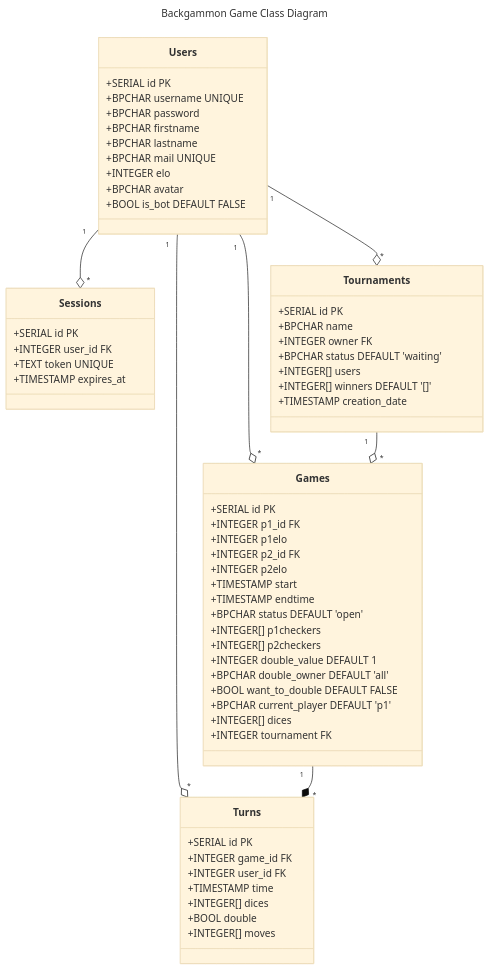
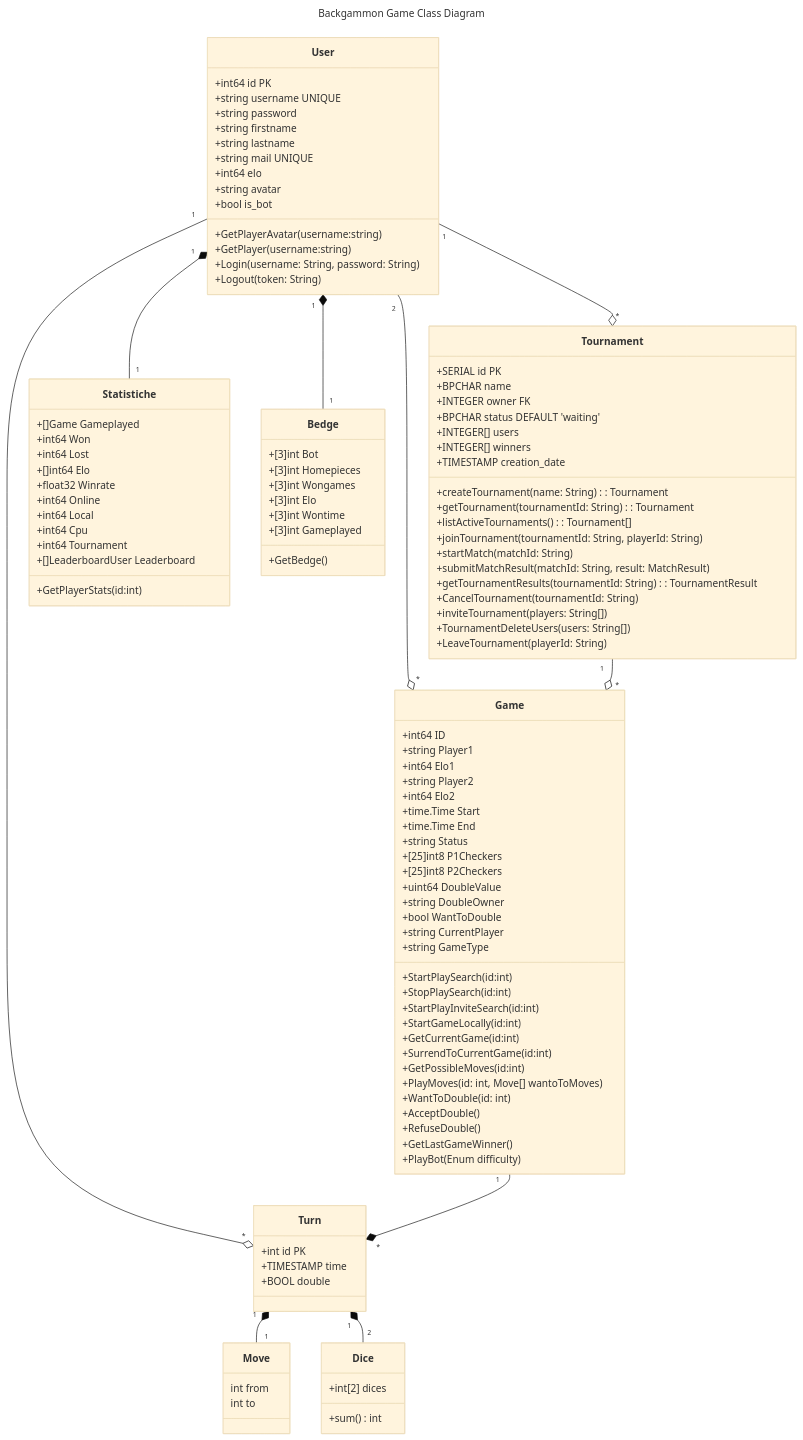
Before and after one commit to samuelemusiani/vezgammon: the diagram in doc/uml/class-diagram.mermaid, drawn with Mermaid (base theme). The commit also changed 4 other files, not shown here.

Commit message:
updated general class diagram

```diff
--- a/doc/uml/class-diagram.mermaid
+++ b/doc/uml/class-diagram.mermaid
@@ -1,68 +1,122 @@
 ---
 title: Backgammon Game Class Diagram
 ---
 classDiagram
-    Users "1" --o "*" Sessions
-    Users "1" --o "*" Games
-    Users "1" --o "*" Tournaments
-    Users "1" --o "*" Turns
-    Games "1" --* "*" Turns
-    Tournaments "1" --o "*" Games
+    User "2" --o "*" Game
+    User "1" --o "*" Tournament
+    User "1" --o "*" Turn
+    User "1" *-- "1" Statistiche
+    User "1" *-- "1" Bedge
 
-    class Users {
-        +SERIAL id PK
-        +BPCHAR username UNIQUE
-        +BPCHAR password
-        +BPCHAR firstname
-        +BPCHAR lastname
-        +BPCHAR mail UNIQUE
-        +INTEGER elo
-        +BPCHAR avatar
-        +BOOL is_bot DEFAULT FALSE
+    Turn "1" *-- "1" Move
+    Turn "1" *-- "2" Dice
+    
+    Game "1" --* "*" Turn
+    Tournament "1" --o "*" Game
+
+    class Statistiche {
+        +[]Game      Gameplayed
+        +int64             Won          
+        +int64             Lost         
+        +[]int64           Elo          
+        +float32           Winrate      
+        +int64             Online       
+        +int64             Local        
+        +int64             Cpu          
+        +int64             Tournament   
+        +[]LeaderboardUser Leaderboard
+        +GetPlayerStats(id:int)
+    }
+    class Bedge {
+        +[3]int  Bot        
+        +[3]int  Homepieces 
+        +[3]int  Wongames   
+        +[3]int  Elo        
+        +[3]int  Wontime    
+        +[3]int  Gameplayed
+        +GetBedge()
+    }
+    class User {
+        +int64 id PK
+        +string username UNIQUE
+        +string password
+        +string firstname
+        +string lastname
+        +string mail UNIQUE
+        +int64 elo
+        +string avatar
+        +bool is_bot
+        +GetPlayerAvatar(username:string)
+        +GetPlayer(username:string)
+        +Login(username: String, password: String)
+        +Logout(token: String)
     }
 
-    class Sessions {
-        +SERIAL id PK
-        +INTEGER user_id FK
-        +TEXT token UNIQUE
-        +TIMESTAMP expires_at
+    class Game {
+        +int64   ID
+        +string  Player1
+        +int64   Elo1
+        +string  Player2
+        +int64   Elo2
+        +time.Time Start
+        +time.Time End
+        +string  Status
+        +[25]int8 P1Checkers
+        +[25]int8 P2Checkers
+        +uint64  DoubleValue
+        +string  DoubleOwner
+        +bool    WantToDouble
+        +string  CurrentPlayer
+        +string  GameType
+        +StartPlaySearch(id:int)
+        +StopPlaySearch(id:int)
+        +StartPlayInviteSearch(id:int)
+        +StartGameLocally(id:int)
+        +GetCurrentGame(id:int)
+        +SurrendToCurrentGame(id:int)
+        +GetPossibleMoves(id:int)
+        +PlayMoves(id: int, Move[] wantoToMoves)
+        +WantToDouble(id: int)
+        +AcceptDouble()
+        +RefuseDouble()
+        +GetLastGameWinner()
+        +PlayBot(Enum difficulty)
     }
 
-    class Games {
-        +SERIAL id PK
-        +INTEGER p1_id FK
-        +INTEGER p1elo
-        +INTEGER p2_id FK
-        +INTEGER p2elo
-        +TIMESTAMP start
-        +TIMESTAMP endtime
-        +BPCHAR status DEFAULT 'open'
-        +INTEGER[] p1checkers
-        +INTEGER[] p2checkers
-        +INTEGER double_value DEFAULT 1
-        +BPCHAR double_owner DEFAULT 'all'
-        +BOOL want_to_double DEFAULT FALSE
-        +BPCHAR current_player DEFAULT 'p1'
-        +INTEGER[] dices
-        +INTEGER tournament FK
-    }
-
-    class Tournaments {
+    class Tournament {
         +SERIAL id PK
         +BPCHAR name
         +INTEGER owner FK
         +BPCHAR status DEFAULT 'waiting'
         +INTEGER[] users
-        +INTEGER[] winners DEFAULT '[]'
+        +INTEGER[] winners
         +TIMESTAMP creation_date
+
+        +createTournament(name: String): Tournament
+        +getTournament(tournamentId: String): Tournament
+        +listActiveTournaments(): Tournament[]
+        +joinTournament(tournamentId: String, playerId: String)
+        +startMatch(matchId: String)
+        +submitMatchResult(matchId: String, result: MatchResult)
+        +getTournamentResults(tournamentId: String): TournamentResult
+        +CancelTournament(tournamentId: String)
+        +inviteTournament(players: String[])
+        +TournamentDeleteUsers(users: String[])
+        +LeaveTournament(playerId: String)
     }
 
-    class Turns {
-        +SERIAL id PK
-        +INTEGER game_id FK
-        +INTEGER user_id FK
+    class Turn {
+        +int id PK
         +TIMESTAMP time
-        +INTEGER[] dices
         +BOOL double
-        +INTEGER[] moves
     }
+
+    class Move {
+        int from
+        int to
+    }
+
+    class Dice {
+        +int[2] dices
+        +sum() int
+    }
```
